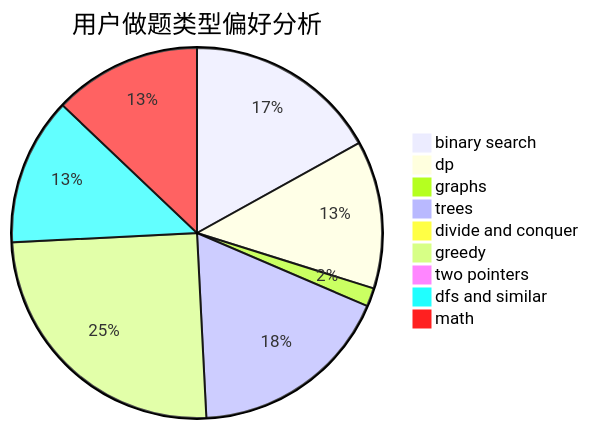
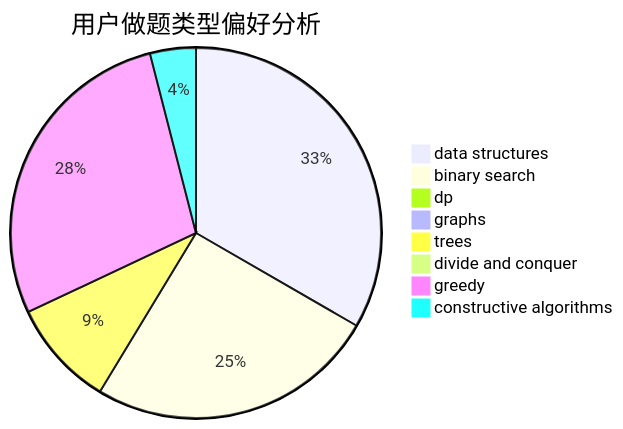
The second of 3 diagrams in docs/user/u2172.md (sherpahu/cfrs.github.io), drawn with Mermaid before and after one commit. The commit also changed other lines of this file and 2775 other files, not shown here.

````diff
--- a/docs/user/u2172.md
+++ b/docs/user/u2172.md
@@ -23,12 +23,11 @@
 ```mermaid
 pie title 用户做题类型偏好分析
-    "binary search" :  21
-    "dp" :  16
-    "graphs" :  2
-    "trees" :  22
+    "data structures" :  25
+    "binary search" :  19
+    "dp" :  0
+    "graphs" :  0
+    "trees" :  7
     "divide and conquer" :  0
-    "greedy" :  31
-    "two pointers" :  0
-    "dfs and similar" :  16
-    "math" :  16
+    "greedy" :  21
+    "constructive algorithms" :  3
 ```
````
